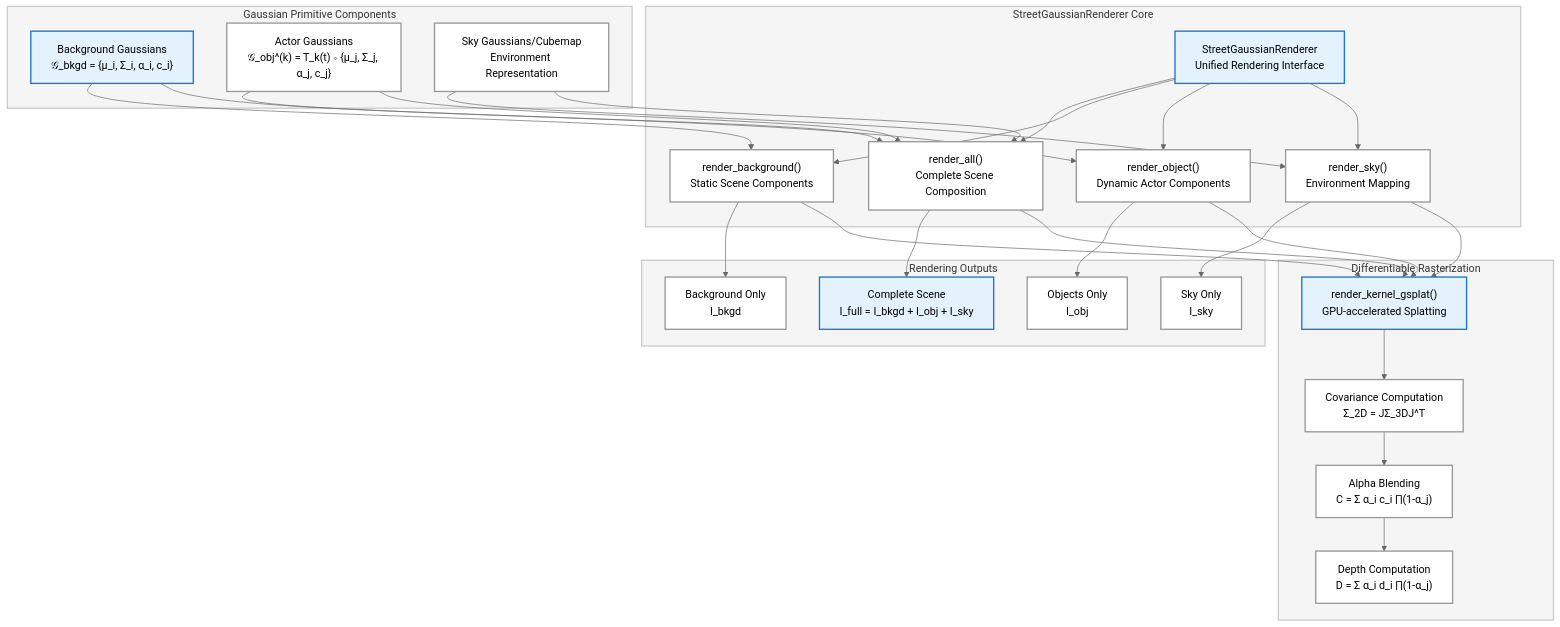
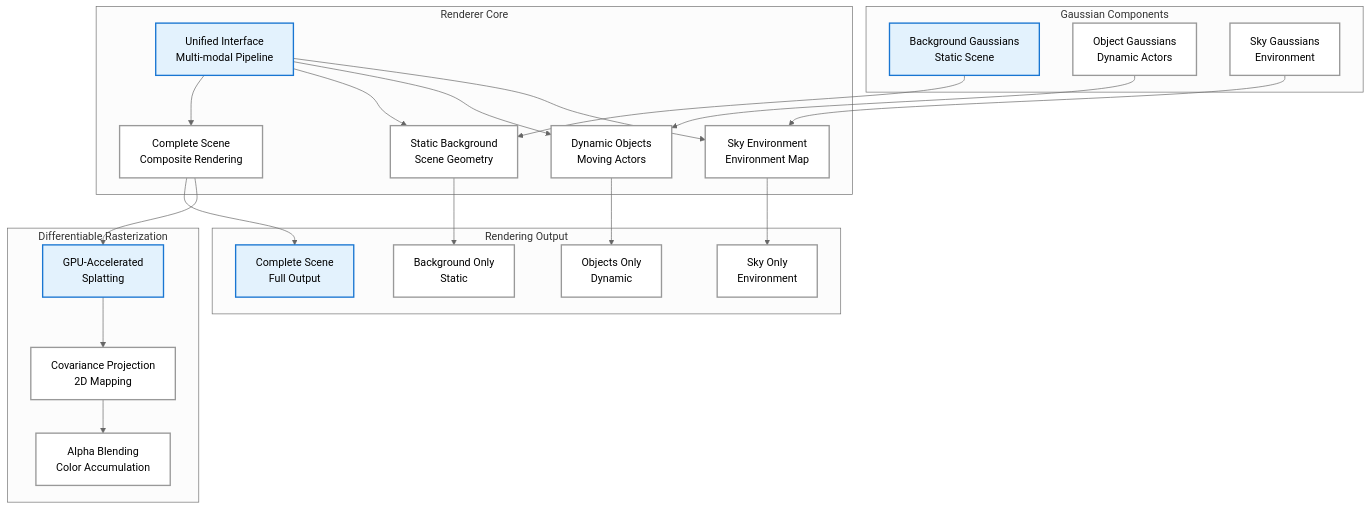
One commit to charles1614/thuthesis changed the diagram in figures/mmd/rendering_modes.mmd. Above: the diagram before and after it, drawn with Mermaid (neutral theme). The commit also changed 14 other files, not shown here.

```diff
--- a/figures/mmd/rendering_modes.mmd
+++ b/figures/mmd/rendering_modes.mmd
@@ -1,58 +1,46 @@
 graph TD
-    subgraph RendererCore["StreetGaussianRenderer Core"]
-        A["StreetGaussianRenderer<br/>Unified Rendering Interface"]
-        A --> B["render_all()<br/>Complete Scene Composition"]
-        A --> C["render_background()<br/>Static Scene Components"] 
-        A --> D["render_object()<br/>Dynamic Actor Components"]
-        A --> E["render_sky()<br/>Environment Mapping"]
+    subgraph RendererCore["Renderer Core"]
+        A["Unified Interface<br/>Multi-modal Pipeline"]
+        A --> B["Complete Scene<br/>Composite Rendering"]
+        A --> C["Static Background<br/>Scene Geometry"] 
+        A --> D["Dynamic Objects<br/>Moving Actors"]
+        A --> E["Sky Environment<br/>Environment Map"]
     end
     
-    subgraph GaussianComponents["Gaussian Primitive Components"]
-        F["Background Gaussians<br/>𝒢_bkgd = {μ_i, Σ_i, α_i, c_i}"]
-        G["Actor Gaussians<br/>𝒢_obj^(k) = T_k(t) ∘ {μ_j, Σ_j, α_j, c_j}"]
-        H["Sky Gaussians/Cubemap<br/>Environment Representation"]
+    subgraph GaussianComponents["Gaussian Components"]
+        F["Background Gaussians<br/>Static Scene"]
+        G["Object Gaussians<br/>Dynamic Actors"]
+        H["Sky Gaussians<br/>Environment"]
     end
     
     subgraph RenderingKernel["Differentiable Rasterization"]
-        I["render_kernel_gsplat()<br/>GPU-accelerated Splatting"]
-        J["Covariance Computation<br/>Σ_2D = JΣ_3DJ^T"]
-        K["Alpha Blending<br/>C = Σ α_i c_i ∏(1-α_j)"]
-        L["Depth Computation<br/>D = Σ α_i d_i ∏(1-α_j)"]
+        I["GPU-Accelerated<br/>Splatting"]
+        J["Covariance Projection<br/>2D Mapping"]
+        K["Alpha Blending<br/>Color Accumulation"]
     end
     
-    subgraph OutputModes["Rendering Outputs"]
-        M["Complete Scene<br/>I_full = I_bkgd + I_obj + I_sky"]
-        N["Background Only<br/>I_bkgd"]
-        O["Objects Only<br/>I_obj"]
-        P["Sky Only<br/>I_sky"]
+    subgraph OutputModes["Rendering Output"]
+        L["Complete Scene<br/>Full Output"]
+        M["Background Only<br/>Static"]
+        N["Objects Only<br/>Dynamic"]
+        O["Sky Only<br/>Environment"]
     end
     
-    B --> M
-    C --> N
-    D --> O
-    E --> P
+    B --> L
+    C --> M
+    D --> N
+    E --> O
     
     F --> C
     G --> D
     H --> E
     
-    F --> B
-    G --> B
-    H --> B
-    
     B --> I
-    C --> I
-    D --> I
-    E --> I
-    
     I --> J
     J --> K
-    K --> L
     
     classDef normalStyle fill:#FFFFFF,stroke:#999999,stroke-width:2px
     classDef importantStyle fill:#E3F2FD,stroke:#1976D2,stroke-width:2px
-    classDef subgraphStyle fill:#F5F5F5,stroke:#CCCCCC,stroke-width:2px
     
-    class A,F,I,M importantStyle
-    class B,C,D,E,G,H,J,K,L,N,O,P normalStyle
-    class RendererCore,GaussianComponents,RenderingKernel,OutputModes subgraphStyle
+    class A,F,I,L importantStyle
+    class B,C,D,E,G,H,J,K,M,N,O normalStyle
```
